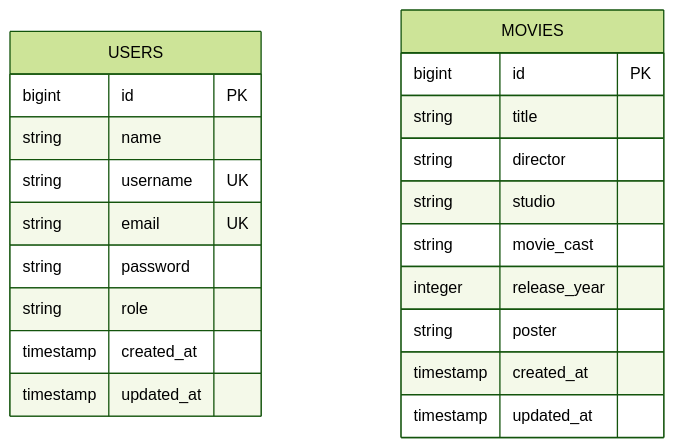
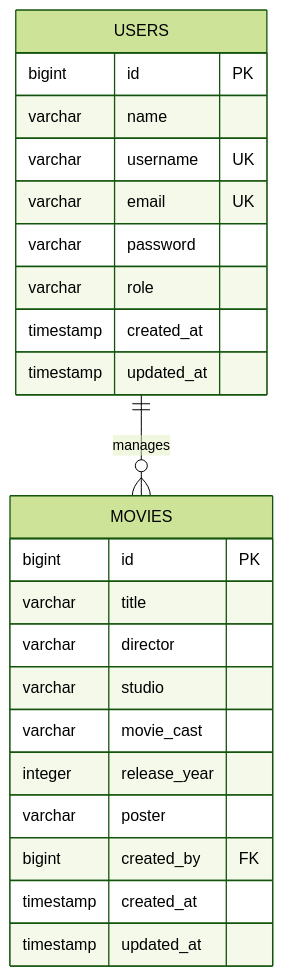
One commit to Prahlad-07/PopcornAPI changed the eighth of 16 diagrams in README.md. Above: the diagram before and after it, drawn with Mermaid (forest theme). The commit also changed other lines of this file, not shown here.

````diff
--- a/README.md
+++ b/README.md
@@ -390,25 +416,27 @@
 ```mermaid
 erDiagram
+    USERS ||--o{ MOVIES : manages
     USERS {
         bigint id PK
-        string name
-        string username UK
-        string email UK
-        string password
-        string role
+        varchar name
+        varchar username UK
+        varchar email UK
+        varchar password
+        varchar role
         timestamp created_at
         timestamp updated_at
     }
     
     MOVIES {
         bigint id PK
-        string title
-        string director
-        string studio
-        string movie_cast
+        varchar title
+        varchar director
+        varchar studio
+        varchar movie_cast
         integer release_year
-        string poster
+        varchar poster
+        bigint created_by FK
         timestamp created_at
         timestamp updated_at
     }
 ```
````
